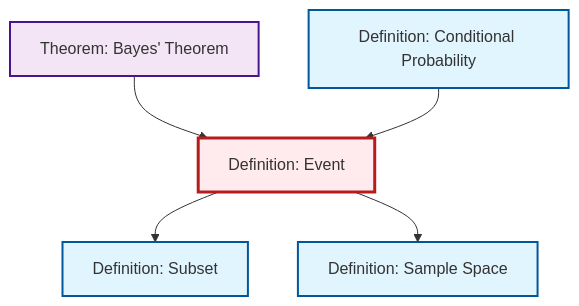
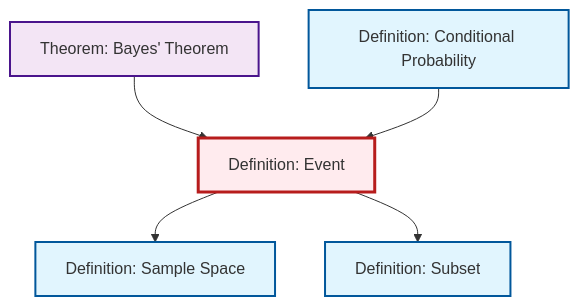
The diagram in content/ja/probability-statistics/def-event.qmd (RK0429/ModernMath), drawn with Mermaid before and after one commit. The commit also changed other lines of this file and 530 other files, not shown here.

````diff
--- a/content/ja/probability-statistics/def-event.qmd
+++ b/content/ja/probability-statistics/def-event.qmd
@@ -70,23 +70,23 @@
 ```{mermaid}
 %%| fig-cap: "Local dependency graph"
 graph TD
     classDef definition fill:#e1f5fe,stroke:#01579b,stroke-width:2px
     classDef theorem fill:#f3e5f5,stroke:#4a148c,stroke-width:2px
     classDef axiom fill:#fff3e0,stroke:#e65100,stroke-width:2px
     classDef example fill:#e8f5e9,stroke:#1b5e20,stroke-width:2px
     classDef current fill:#ffebee,stroke:#b71c1c,stroke-width:3px
-    def-event["Definition: Event"]:::definition
+    def-conditional-probability["Definition: Conditional Probability"]:::definition
+    thm-bayes["Theorem: Bayes' Theorem"]:::theorem
     def-sample-space["Definition: Sample Space"]:::definition
     def-subset["Definition: Subset"]:::definition
-    def-conditional-probability["Definition: Conditional Probability"]:::definition
-    thm-bayes["Theorem: Bayes' Theorem"]:::theorem
+    def-event["Definition: Event"]:::definition
     thm-bayes --> def-event
-    def-event --> def-subset
     def-event --> def-sample-space
     def-conditional-probability --> def-event
+    def-event --> def-subset
     class def-event current
+    click def-conditional-probability "def-conditional-probability.html" "Definition: Conditional Probabilityへ"
+    click thm-bayes "thm-bayes.html" "Theorem: Bayes' Theoremへ"
     click def-sample-space "def-sample-space.html" "Definition: Sample Spaceへ"
     click def-subset "def-subset.html" "Definition: Subsetへ"
-    click def-conditional-probability "def-conditional-probability.html" "Definition: Conditional Probabilityへ"
-    click thm-bayes "thm-bayes.html" "Theorem: Bayes' Theoremへ"
 ```
````
